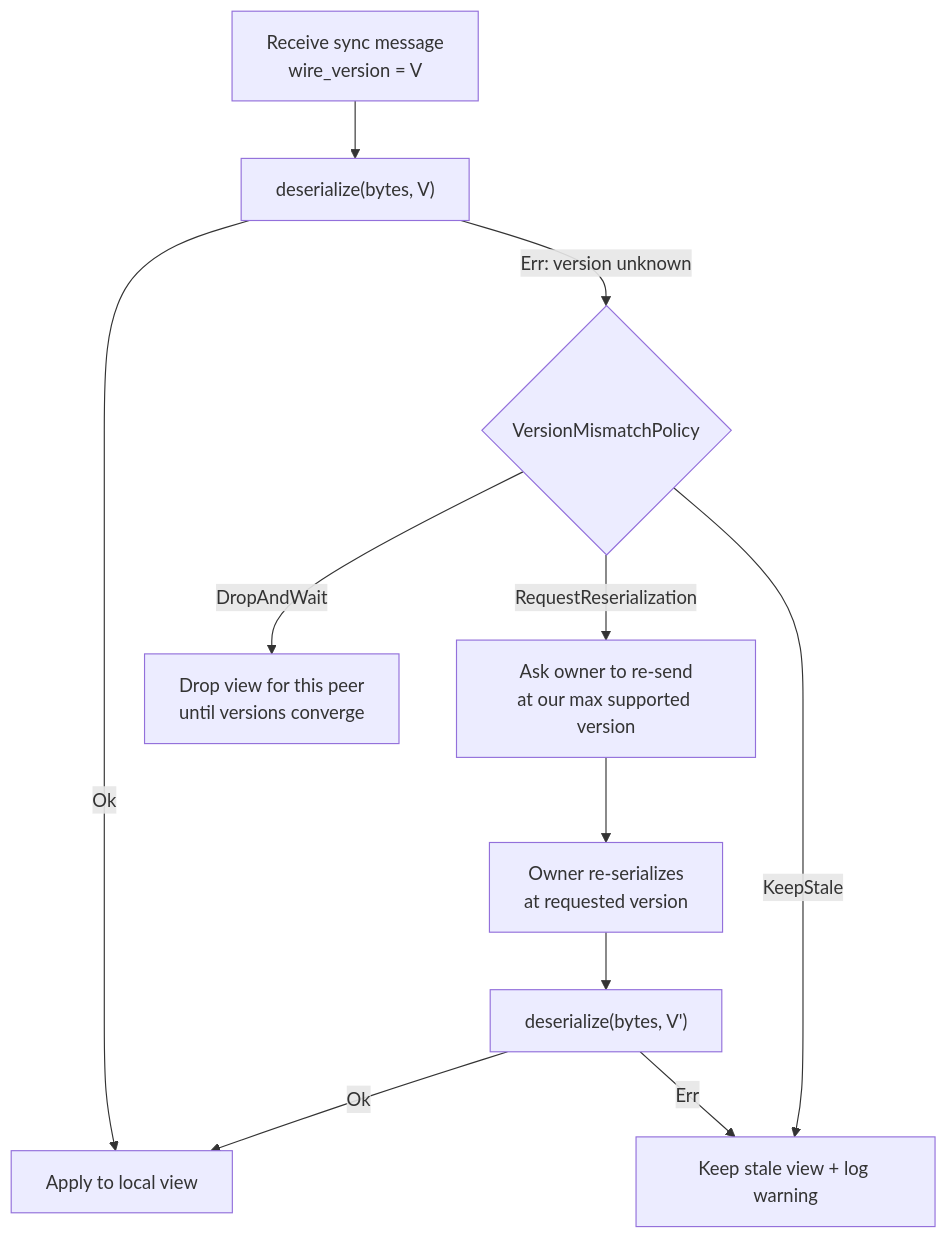
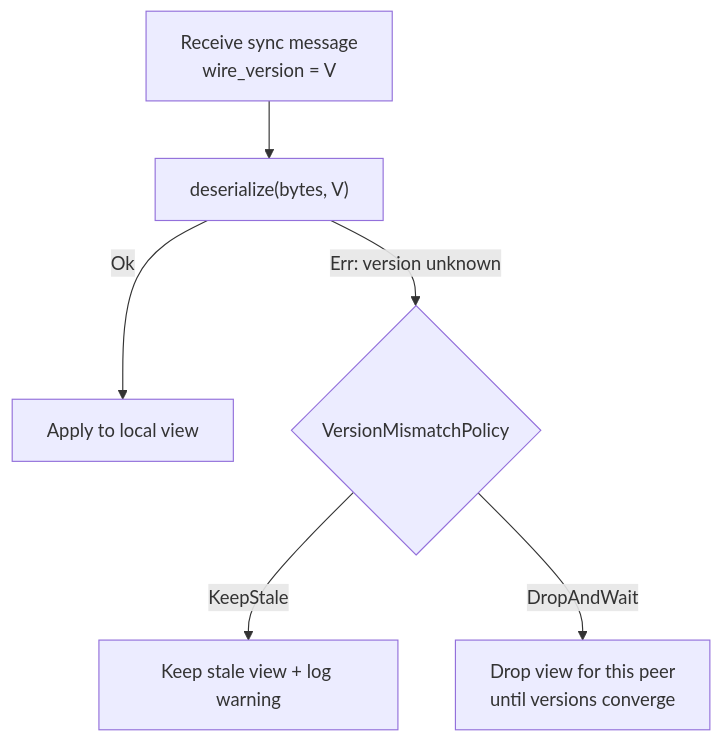
Before and after one commit to Yaming-Hub/dstate: diagram 11 of 22 in docs/distributed-state-design.md, drawn with Mermaid. The commit also changed other lines of this file and 32 other files, not shown here.

````diff
--- a/docs/distributed-state-design.md
+++ b/docs/distributed-state-design.md
@@ -726,15 +723,9 @@
 ```mermaid
 flowchart TD
     Receive["Receive sync message<br/>wire_version = V"] --> Try["deserialize(bytes, V)"]
     Try -->|Ok| Apply["Apply to local view"]
     Try -->|Err: version unknown| Decision{"VersionMismatchPolicy"}
 
-    Decision -->|RequestReserialization| Req["Ask owner to re-send<br/>at our max supported version"]
-    Req --> Retry["Owner re-serializes<br/>at requested version"]
-    Retry --> Try2["deserialize(bytes, V')"]
-    Try2 -->|Ok| Apply
-    Try2 -->|Err| StaleKeep["Keep stale view + log warning"]
-
-    Decision -->|KeepStale| StaleKeep
+    Decision -->|KeepStale| StaleKeep["Keep stale view + log warning"]
     Decision -->|DropAndWait| Drop["Drop view for this peer<br/>until versions converge"]
 ```
````
